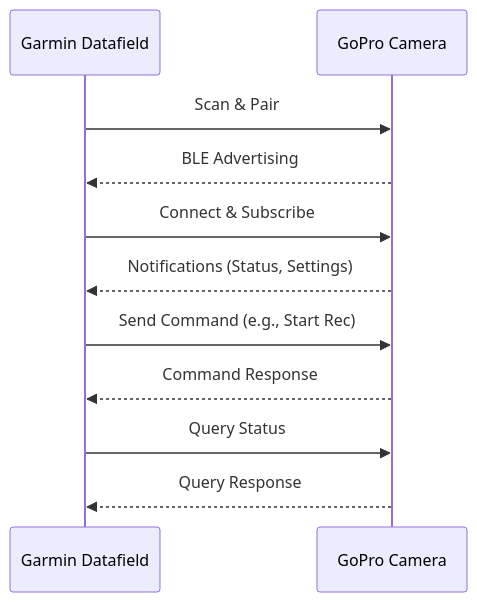
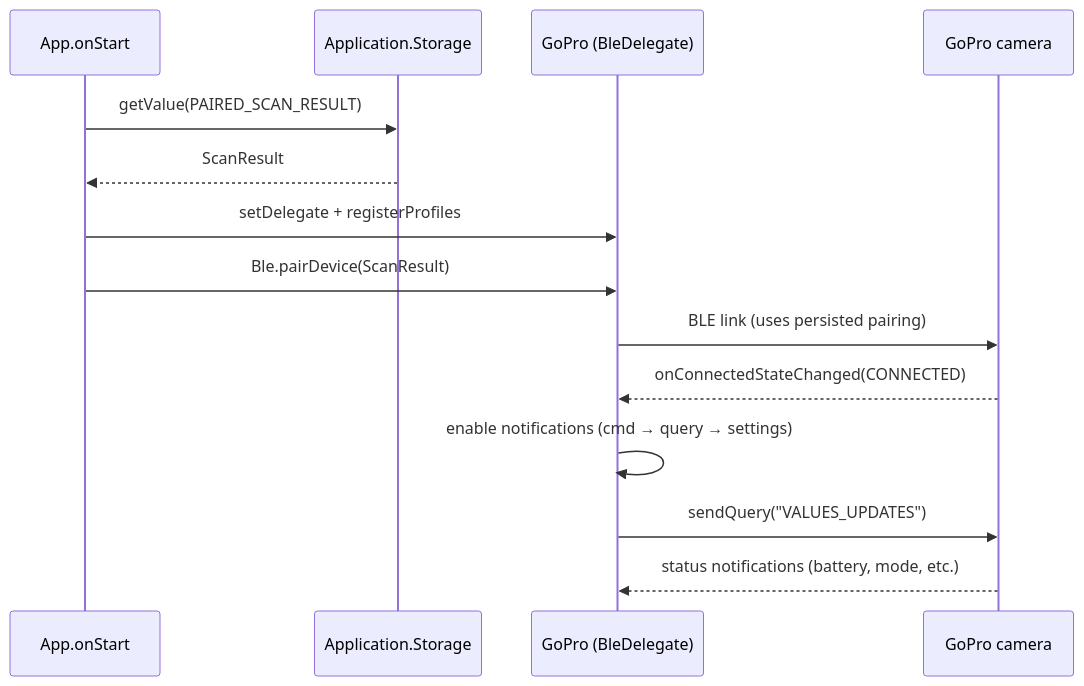
Before and after one commit to sam-dumont/GarminGoProDatafield: the third of 4 diagrams in docs/diagrams.md, drawn with Mermaid. The commit also changed other lines of this file and 4 other files, not shown here.

First line of the commit message:
docs: refresh all docs for native pairing, -l 3 strict, 55-device manifest

````diff
--- a/docs/diagrams.md
+++ b/docs/diagrams.md
@@ -22,13 +77,17 @@
 ```mermaid
 sequenceDiagram
-    participant Garmin as Garmin Datafield
-    participant GoPro as GoPro Camera
-    Garmin->>GoPro: Scan & Pair
-    GoPro-->>Garmin: BLE Advertising
-    Garmin->>GoPro: Connect & Subscribe
-    GoPro-->>Garmin: Notifications (Status, Settings)
-    Garmin->>GoPro: Send Command (e.g., Start Rec)
-    GoPro-->>Garmin: Command Response
-    Garmin->>GoPro: Query Status
-    GoPro-->>Garmin: Query Response
+    participant App as App.onStart
+    participant ST as Application.Storage
+    participant GP as GoPro (BleDelegate)
+    participant CAM as GoPro camera
+
+    App->>ST: getValue(PAIRED_SCAN_RESULT)
+    ST-->>App: ScanResult
+    App->>GP: setDelegate + registerProfiles
+    App->>GP: Ble.pairDevice(ScanResult)
+    GP->>CAM: BLE link (uses persisted pairing)
+    CAM-->>GP: onConnectedStateChanged(CONNECTED)
+    GP->>GP: enable notifications (cmd → query → settings)
+    GP->>CAM: sendQuery("VALUES_UPDATES")
+    CAM-->>GP: status notifications (battery, mode, etc.)
 ```
````
